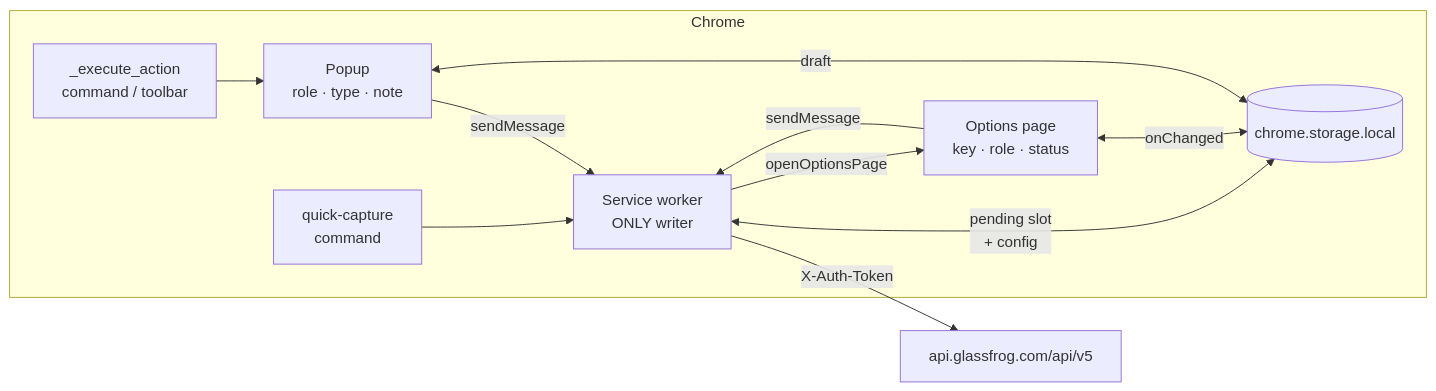
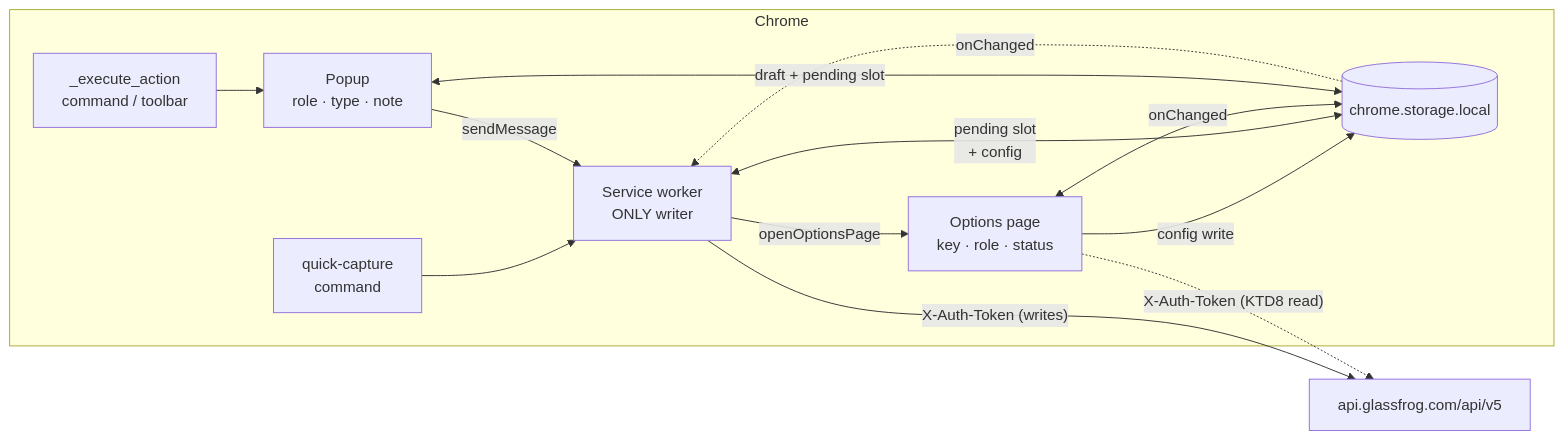
Before and after one commit to Integral-Productivity/glassfrog-clipper: the second of 4 diagrams in docs/plans/2026-08-28-1123-feat-zero-decision-capture-path-plan.md, drawn with Mermaid. The commit also changed other lines of this file and 2 other files, not shown here.

````diff
--- a/docs/plans/2026-08-28-1123-feat-zero-decision-capture-path-plan.md
+++ b/docs/plans/2026-08-28-1123-feat-zero-decision-capture-path-plan.md
@@ -208,14 +216,16 @@
 ```mermaid
 flowchart LR
     subgraph Chrome
       K["quick-capture<br/>command"] --> SW
       A["_execute_action<br/>command / toolbar"] --> POP["Popup<br/>role · type · note"]
       POP -->|"sendMessage"| SW["Service worker<br/>ONLY writer"]
-      OPT["Options page<br/>key · role · status"] -->|"sendMessage"| SW
+      OPT["Options page<br/>key · role · status"] -->|"config write"| ST[("chrome.storage.local")]
       SW -->|"openOptionsPage"| OPT
-      SW <-->|"pending slot<br/>+ config"| ST[("chrome.storage.local")]
+      SW <-->|"pending slot<br/>+ config"| ST
+      ST -.->|"onChanged"| SW
       OPT <-->|"onChanged"| ST
-      POP <-->|"draft"| ST
+      POP <-->|"draft + pending slot"| ST
     end
-    SW -->|"X-Auth-Token"| GF["api.glassfrog.com/api/v5"]
+    SW -->|"X-Auth-Token (writes)"| GF["api.glassfrog.com/api/v5"]
+    OPT -.->|"X-Auth-Token (KTD8 read)"| GF
 ```
````
